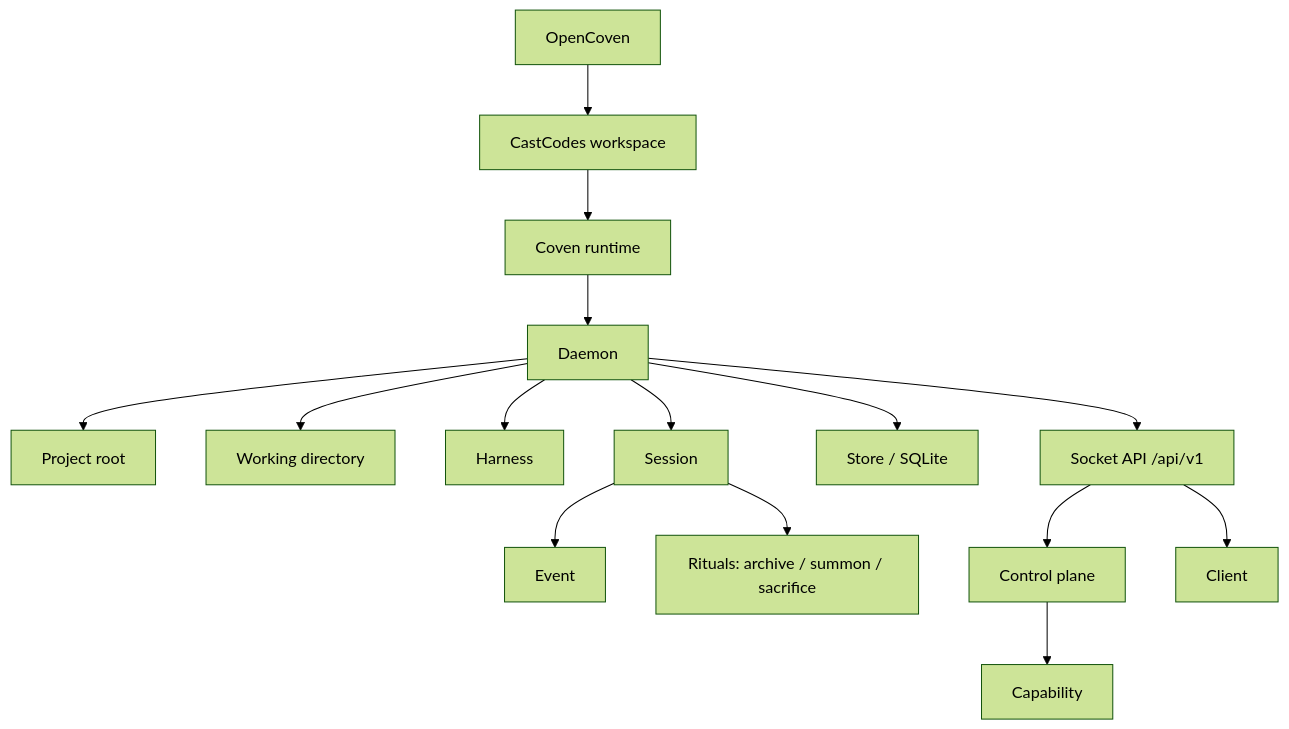
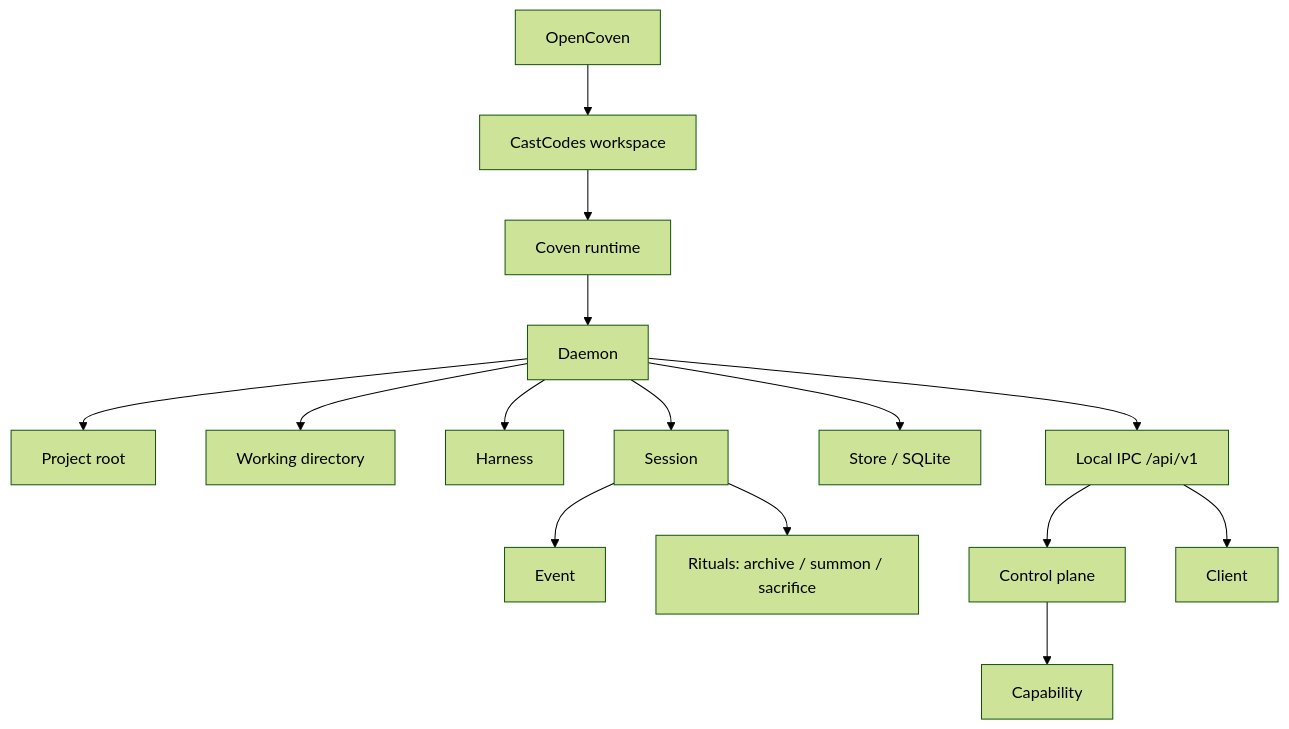
Before and after one commit to OpenCoven/coven: the diagram in docs/CONCEPTS.md, drawn with Mermaid (forest theme). The commit also changed other lines of this file and 10 other files, not shown here.

Commit message:
docs: align local IPC trust boundaries

````diff
--- a/docs/CONCEPTS.md
+++ b/docs/CONCEPTS.md
@@ -14,17 +14,17 @@
 ```mermaid
 flowchart TB
   OpenCoven[OpenCoven] --> CastCodes[CastCodes workspace]
   CastCodes --> Coven[Coven runtime]
   Coven --> Daemon[Daemon]
   Daemon --> Project[Project root]
   Daemon --> Cwd[Working directory]
   Daemon --> Harness[Harness]
   Daemon --> Session[Session]
   Session --> Event[Event]
   Daemon --> Store[Store / SQLite]
-  Daemon --> Socket[Socket API /api/v1]
-  Socket --> ControlPlane[Control plane]
+  Daemon --> IPC[Local IPC /api/v1]
+  IPC --> ControlPlane[Control plane]
   ControlPlane --> Capability[Capability]
-  Socket --> Client[Client]
+  IPC --> Client[Client]
   Session --> Ritual["Rituals: archive / summon / sacrifice"]
 ```
````
